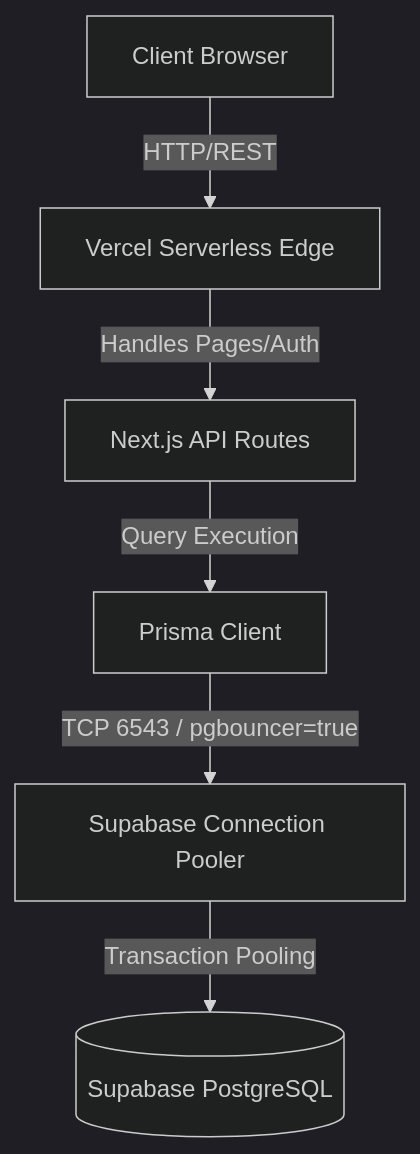
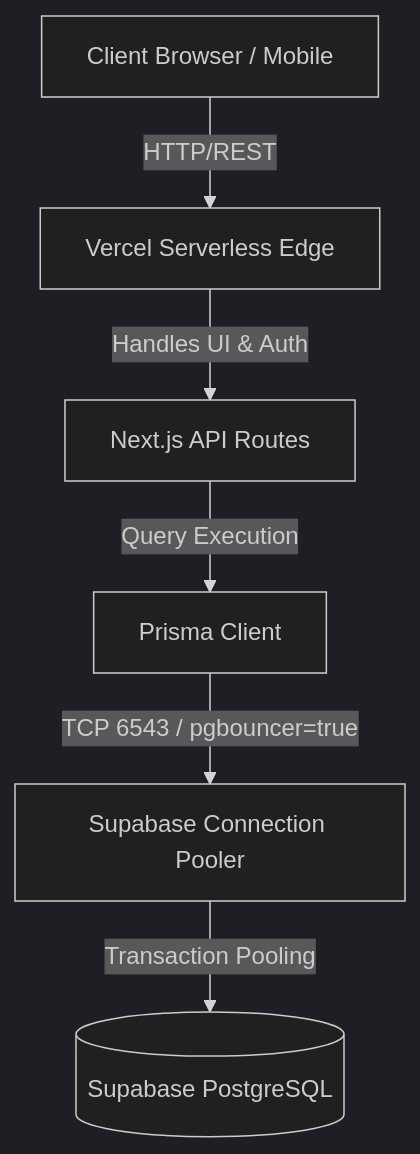
The first of 2 diagrams in README.md (sachhu04/TransitOps), drawn with Mermaid (dark theme) before and after one commit. The commit also changed other lines of this file, not shown here.

````diff
--- a/README.md
+++ b/README.md
@@ -34,15 +124,15 @@
 ```mermaid
 graph TD
-    Client[Client Browser]
+    Client[Client Browser / Mobile]
     Vercel[Vercel Serverless Edge]
     NextAPI[Next.js API Routes]
     Prisma[Prisma Client]
     PgBouncer[Supabase Connection Pooler]
     DB[(Supabase PostgreSQL)]
 
     Client -->|HTTP/REST| Vercel
-    Vercel -->|Handles Pages/Auth| NextAPI
+    Vercel -->|Handles UI & Auth| NextAPI
     NextAPI -->|Query Execution| Prisma
     Prisma -->|TCP 6543 / pgbouncer=true| PgBouncer
     PgBouncer -->|Transaction Pooling| DB
 ```
````
